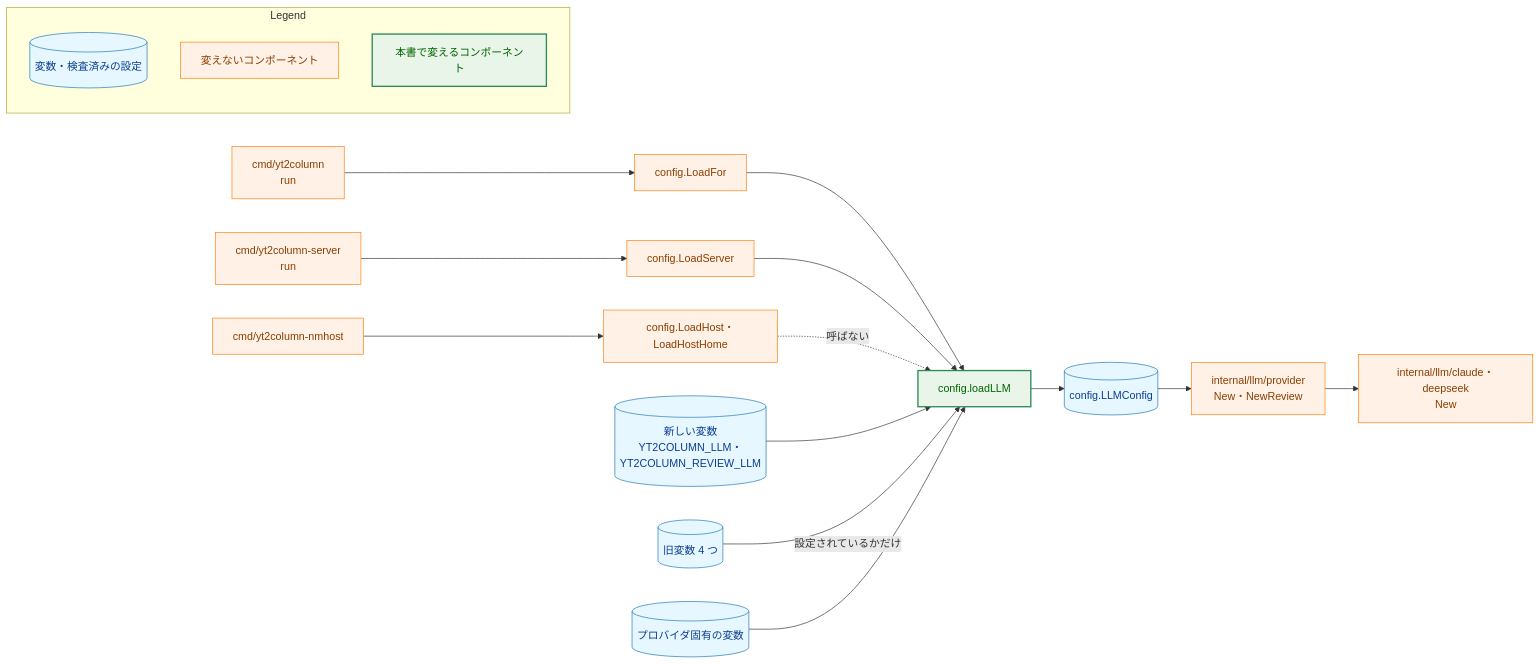
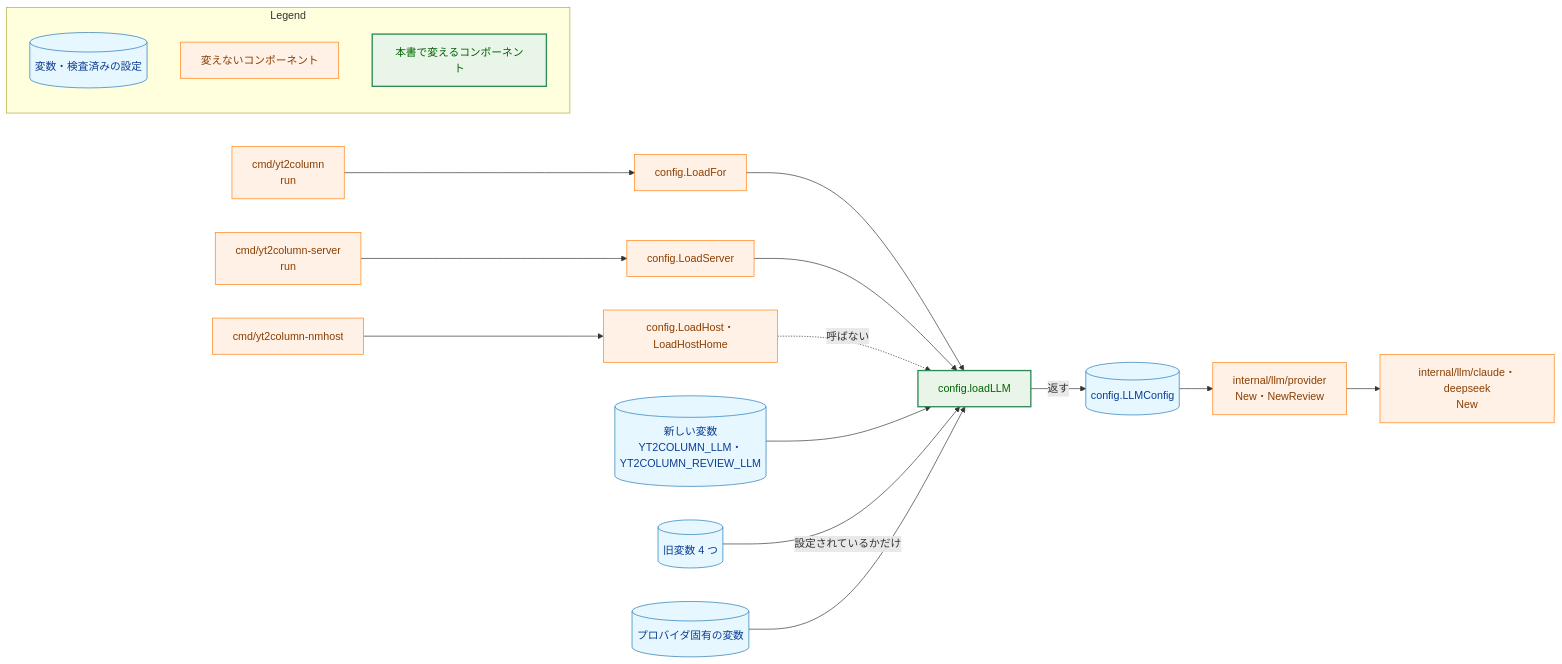
The second of 5 diagrams in docs/tasks/0045_llm_env_var/02_architecture.md (isseis/yt2column), drawn with Mermaid before and after one commit. The commit also changed other lines of this file, not shown here.

First line of the commit message:
docs(0045): address the architecture and prose review findings

````diff
--- a/docs/tasks/0045_llm_env_var/02_architecture.md
+++ b/docs/tasks/0045_llm_env_var/02_architecture.md
@@ -124,48 +130,48 @@
 ```mermaid
 flowchart LR
     classDef data fill:#e6f7ff,stroke:#1f77b4,stroke-width:1px,color:#0b3d91;
     classDef process fill:#fff1e6,stroke:#ff7f0e,stroke-width:1px,color:#8a3e00;
     classDef enhanced fill:#e8f5e8,stroke:#2e8b57,stroke-width:2px,color:#006400;
 
     NEWVARS[("新しい変数<br>YT2COLUMN_LLM・YT2COLUMN_REVIEW_LLM")]
     OLDVARS[("旧変数 4 つ")]
     PVARS[("プロバイダ固有の変数")]
 
     CLI["cmd/yt2column<br>run"]
     SRV["cmd/yt2column-server<br>run"]
     HOST["cmd/yt2column-nmhost"]
 
     LOADFOR["config.LoadFor"]
     LOADSRV["config.LoadServer"]
     LOADHOST["config.LoadHost・LoadHostHome"]
     LOADLLM["config.loadLLM"]
     CFG[("config.LLMConfig")]
     PROV["internal/llm/provider<br>New・NewReview"]
     ADP["internal/llm/claude・deepseek<br>New"]
 
     CLI --> LOADFOR
     SRV --> LOADSRV
     HOST --> LOADHOST
     LOADFOR --> LOADLLM
     LOADSRV --> LOADLLM
     LOADHOST -.->|"呼ばない"| LOADLLM
     NEWVARS --> LOADLLM
     OLDVARS -->|"設定されているかだけ"| LOADLLM
     PVARS --> LOADLLM
-    LOADLLM --> CFG
+    LOADLLM -->|"返す"| CFG
     CFG --> PROV
     PROV --> ADP
 
     class NEWVARS,OLDVARS,PVARS,CFG data
     class CLI,SRV,HOST,LOADFOR,LOADSRV,LOADHOST,PROV,ADP process
     class LOADLLM enhanced
 
     subgraph Legend["Legend"]
         L1[("変数・検査済みの設定")]
         L2["変えないコンポーネント"]
         L3["本書で変えるコンポーネント"]
     end
     class L1 data
     class L2 process
     class L3 enhanced
 ```
````
